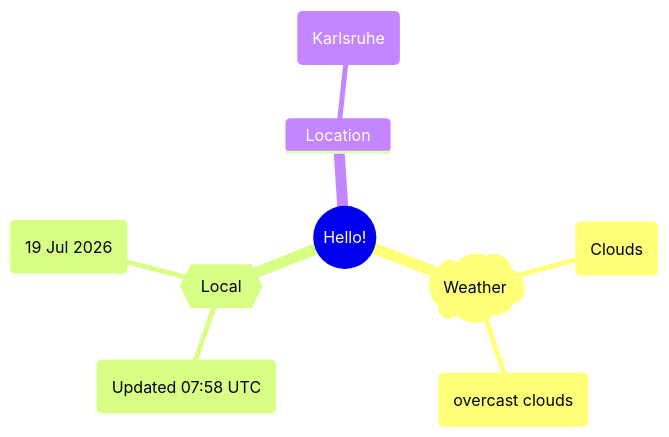
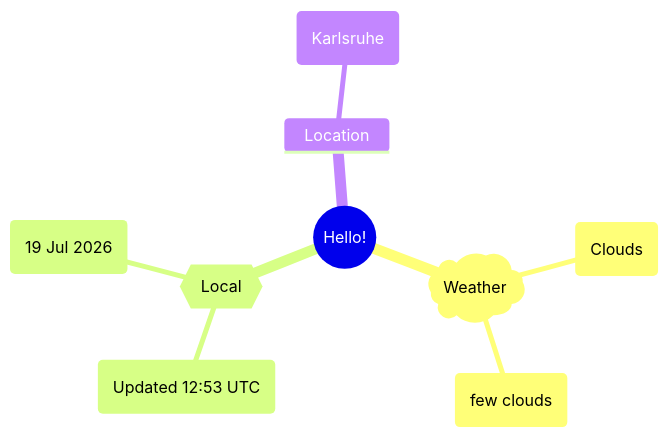
Before and after one commit to Xosrov/Xosrov: the first of 2 diagrams in README.md, drawn with Mermaid.

Commit message:
[bot] updated images

````diff
--- a/README.md
+++ b/README.md
@@ -3,12 +3,12 @@
 ```mermaid
 mindmap
   root((Hello!))
     )Weather(
         (Clouds)
-        (overcast clouds)
+        (few clouds)
     {{Local}}
-        (Updated 07:58 UTC)
+        (Updated 12:53 UTC)
         (19 Jul 2026)
     Location
         (Karlsruhe)
 ```
````
